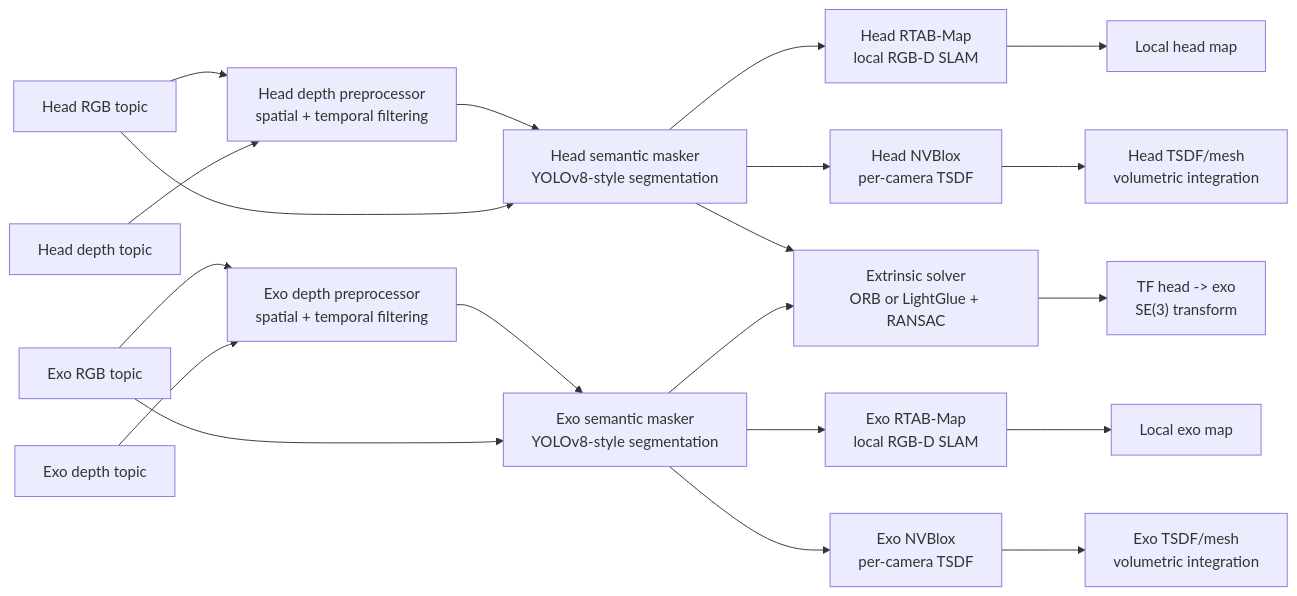
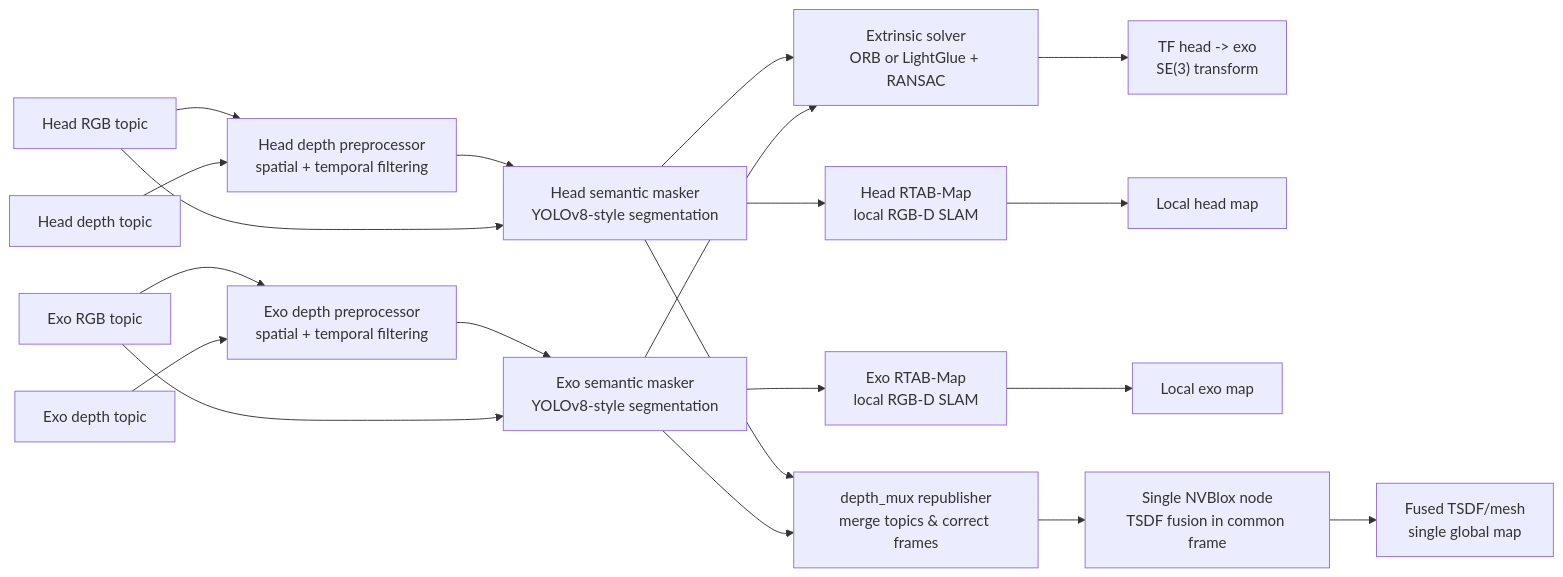
The diagram in pipeline.md (davidebaggio/MARS-Exo), drawn with Mermaid before and after one commit. The commit also changed other lines of this file and 9 other files, not shown here.

Commit message:
depth_mux

````diff
--- a/pipeline.md
+++ b/pipeline.md
@@ -19,24 +19,23 @@
 ```mermaid
 flowchart LR
     A1[Head RGB topic] --> B1["Head depth preprocessor<br/>spatial + temporal filtering"]
     A2[Head depth topic] --> B1
     B1 --> C1["Head semantic masker<br/>YOLOv8-style segmentation"]
     A1 --> C1
     C1 --> D1["Head RTAB-Map<br/>local RGB-D SLAM"]
-    C1 --> E1["Head NVBlox<br/>per-camera TSDF"]
-
     A3[Exo RGB topic] --> B2["Exo depth preprocessor<br/>spatial + temporal filtering"]
     A4[Exo depth topic] --> B2
     B2 --> C2["Exo semantic masker<br/>YOLOv8-style segmentation"]
     A3 --> C2
     C2 --> D2["Exo RTAB-Map<br/>local RGB-D SLAM"]
-    C2 --> E2["Exo NVBlox<br/>per-camera TSDF"]
 
     C1 --> F["Extrinsic solver<br/>ORB or LightGlue + RANSAC"]
     C2 --> F
     F --> G["TF head -> exo<br/>SE(3) transform"]
     D1 --> H["Local head map"]
     D2 --> I["Local exo map"]
-    E1 --> J["Head TSDF/mesh<br/>volumetric integration"]
-    E2 --> K["Exo TSDF/mesh<br/>volumetric integration"]
+    C1 --> MUX["depth_mux republisher<br/>merge topics & correct frames"]
+    C2 --> MUX
+    MUX --> N["Single NVBlox node<br/>TSDF fusion in common frame"]
+    N --> J["Fused TSDF/mesh<br/>single global map"]
 ```
````
